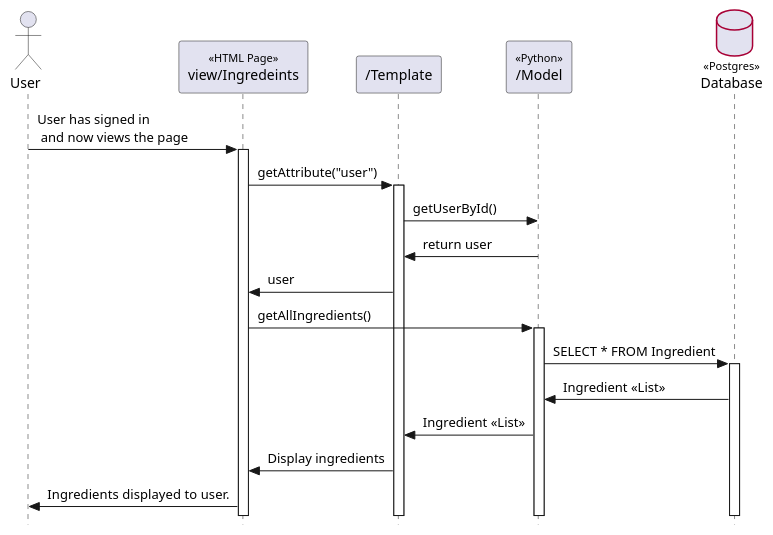
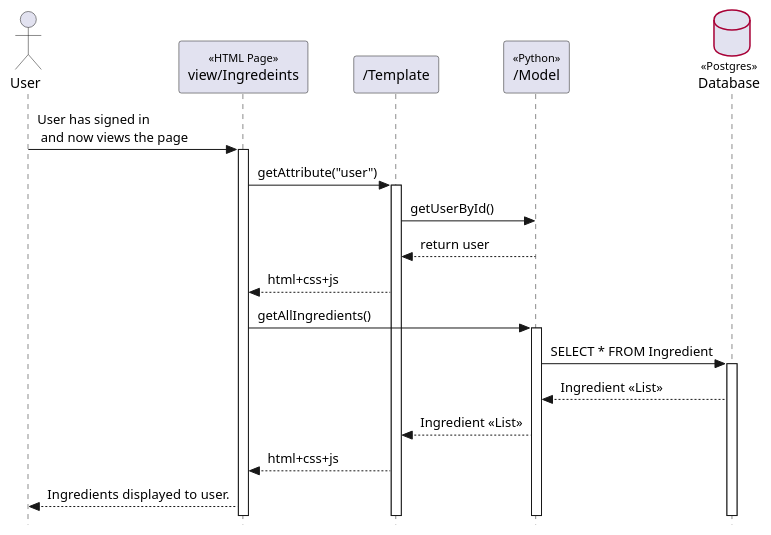
One commit to bluewolf44/PantryPal changed the diagram in Diagrams/UserViewsIngredient.puml. Above: the diagram before and after it, drawn with PlantUML. The commit also changed 1 other file, not shown here.

Commit message:
updated add ingredient and view ingredient with html,css,js returns

```diff
--- a/Diagrams/UserViewsIngredient.puml
+++ b/Diagrams/UserViewsIngredient.puml
@@ -1,50 +1,50 @@
 @startuml customerViewsProductPage
 
 ' === Style Tweaks ===
 
 skinparam {
   Style StrictUML
   RoundCorner 5
   ParticipantPadding 10
   Padding 2
   SequenceStereotype {
     Font {
       Size 11
       Style plain
     }
   }
   Database {
 	BorderColor #A80036
   }
 }
 
 
 ' === Actors / Participants
 
 actor "User" as user
 participant "view/Ingredeints" as viewIngredients << HTML Page >>
 participant "/Template" as template
 participant "/Model" as model << Python >>
 database "Database" as db <<Postgres>>
 
 
 ' === Interactions ===
 
 user -> viewIngredients++ : User has signed in\n and now views the page
 
 viewIngredients -> template++ : getAttribute("user")
 template -> model : getUserById()
-model -> template : return user
-template -> viewIngredients : user
+model --> template : return user
+template --> viewIngredients : html+css+js
 
 
 viewIngredients -> model++ : getAllIngredients()
 model -> db++ : SELECT * FROM Ingredient
-db -> model : Ingredient <<List>>
-model -> template : Ingredient <<List>>
+db --> model : Ingredient <<List>>
+model --> template : Ingredient <<List>>
 
-template -> viewIngredients : Display ingredients
-viewIngredients -> user : Ingredients displayed to user.
+template --> viewIngredients : html+css+js
+viewIngredients --> user : Ingredients displayed to user.
 
 
 @enduml
```
